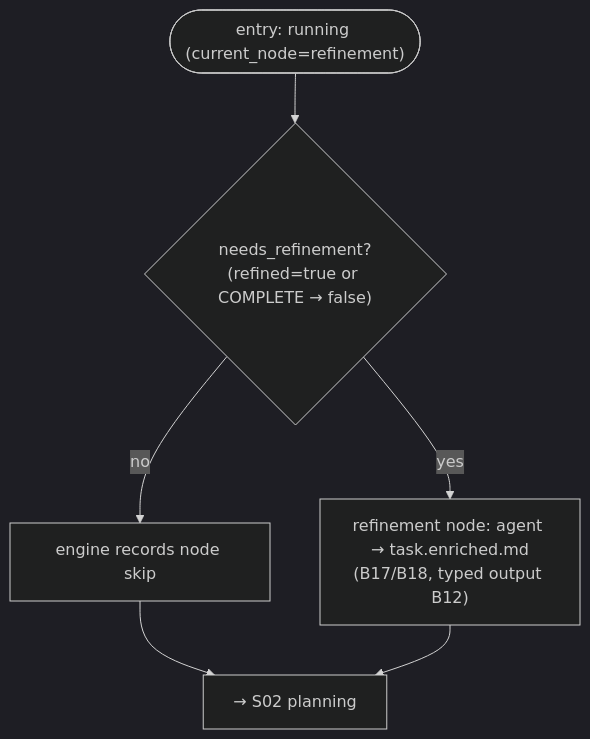
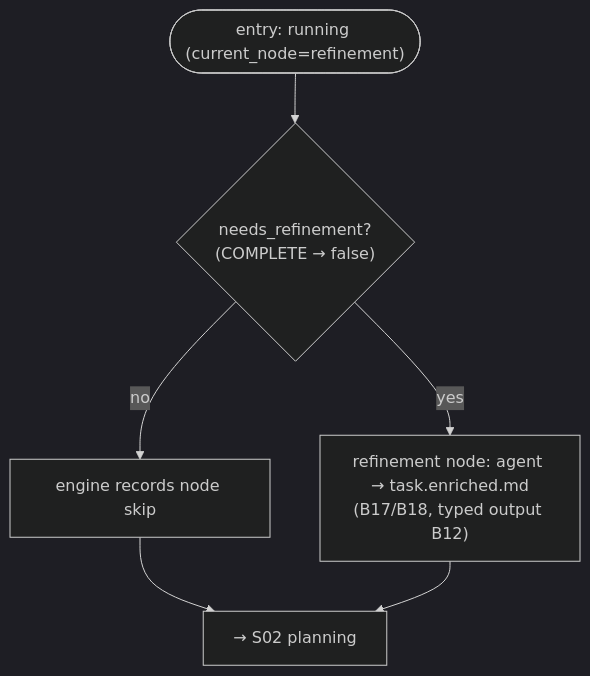
The diagram in docs/functional/flows/coding/S01-refinement.md (VladimirMakarevich/wastech-orchestrator), drawn with Mermaid (dark theme) before and after one commit. The commit also changed other lines of this file and 64 other files, not shown here.

````diff
--- a/docs/functional/flows/coding/S01-refinement.md
+++ b/docs/functional/flows/coding/S01-refinement.md
@@ -39,8 +39,8 @@
 ```mermaid
 flowchart TB
-    start(["entry: running (current_node=refinement)"]) --> q{"needs_refinement?<br/>(refined=true or COMPLETE → false)"}
+    start(["entry: running (current_node=refinement)"]) --> q{"needs_refinement?<br/>(COMPLETE → false)"}
     q -->|no| skip["engine records node skip"]
     q -->|yes| run["refinement node: agent → task.enriched.md<br/>(B17/B18, typed output B12)"]
     skip --> plan["→ S02 planning"]
     run --> plan
 ```
````
